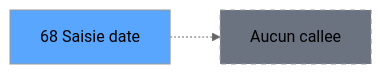
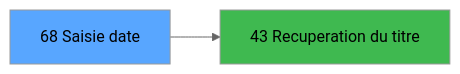
Before and after one commit to thonyAGP/magic-migration: the third of 3 diagrams in .openspec/specs/ADH-IDE-68.md, drawn with Mermaid (neutral theme). The commit also changed other lines of this file and 253 other files, not shown here.

````diff
--- a/.openspec/specs/ADH-IDE-68.md
+++ b/.openspec/specs/ADH-IDE-68.md
@@ -205,8 +422,8 @@
 ```mermaid
 graph LR
     T68[68 Saisie date]
     style T68 fill:#58a6ff
-    NONE[Aucun callee]
-    T68 -.-> NONE
-    style NONE fill:#6b7280,stroke-dasharray: 5 5
+    C43[43 Recuperation du titre]
+    T68 --> C43
+    style C43 fill:#3fb950
 ```
````
